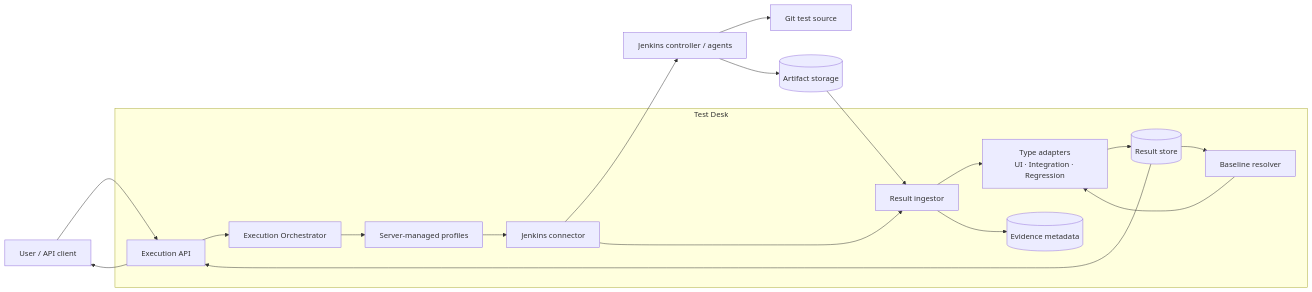
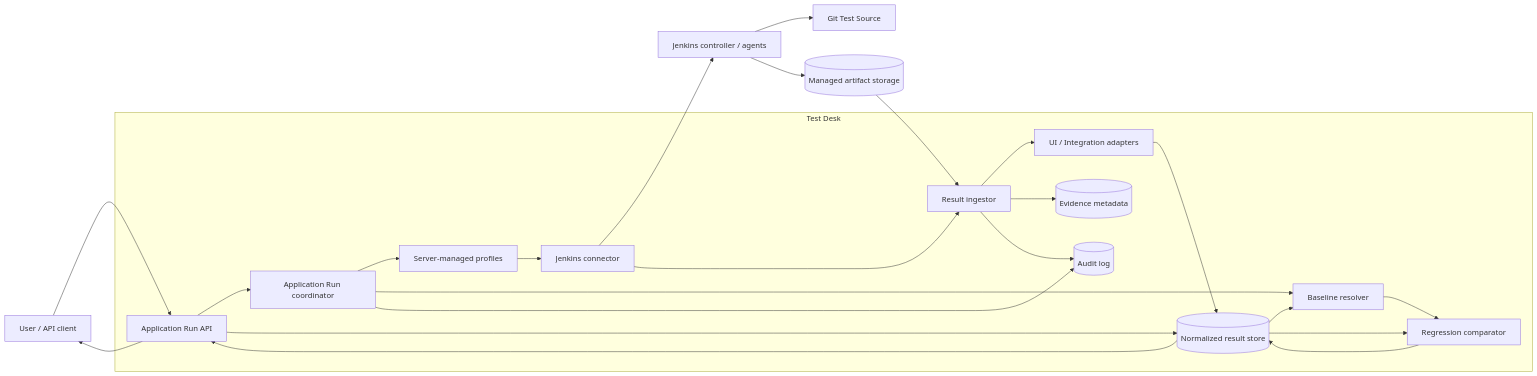
Before and after one commit to blantonsbourbon/test-desk: the first of 6 diagrams in docs/architecture/jenkins-test-results.md, drawn with Mermaid. The commit also changed other lines of this file and 14 other files, not shown here.

Commit message:
docs: update test result architecture and workspaces

````diff
--- a/docs/architecture/jenkins-test-results.md
+++ b/docs/architecture/jenkins-test-results.md
@@ -21,33 +28,39 @@
 ```mermaid
 flowchart LR
     USER["User / API client"]
+    GIT["Git Test Source"]
+    JENKINS["Jenkins controller / agents"]
+    OBJECTS[("Managed artifact storage")]
 
     subgraph TD["Test Desk"]
-        API["Execution API"]
-        ORCH["Execution Orchestrator"]
+        API["Application Run API"]
+        COORD["Application Run coordinator"]
         PROFILE["Server-managed profiles"]
         JCON["Jenkins connector"]
         INGEST["Result ingestor"]
-        ADAPTERS["Type adapters<br/>UI · Integration · Regression"]
-        RESULTS[("Result store")]
+        TYPE["UI / Integration adapters"]
+        BASE["Baseline resolver"]
+        COMPARE["Regression comparator"]
+        RESULT[("Normalized result store")]
         EVIDENCE[("Evidence metadata")]
-        BASELINE["Baseline resolver"]
+        AUDIT[("Audit log")]
     end
 
-    GIT["Git test source"]
-    JENKINS["Jenkins controller / agents"]
-    ARTIFACTS[("Artifact storage")]
-
-    USER --> API --> ORCH
-    ORCH --> PROFILE --> JCON
-    JCON --> JENKINS
+    USER --> API --> COORD
+    COORD --> PROFILE --> JCON --> JENKINS
     JENKINS --> GIT
-    JENKINS --> ARTIFACTS
+    JENKINS --> OBJECTS
     JCON --> INGEST
-    ARTIFACTS --> INGEST
-    INGEST --> ADAPTERS --> RESULTS
+    OBJECTS --> INGEST
+    INGEST --> TYPE --> RESULT
     INGEST --> EVIDENCE
-    BASELINE --> ADAPTERS
-    RESULTS --> BASELINE
-    RESULTS --> API --> USER
+    COORD --> BASE
+    RESULT --> BASE
+    RESULT --> COMPARE
+    BASE --> COMPARE
+    COMPARE --> RESULT
+    COORD --> AUDIT
+    INGEST --> AUDIT
+    API --> RESULT
+    RESULT --> API --> USER
 ```
````
